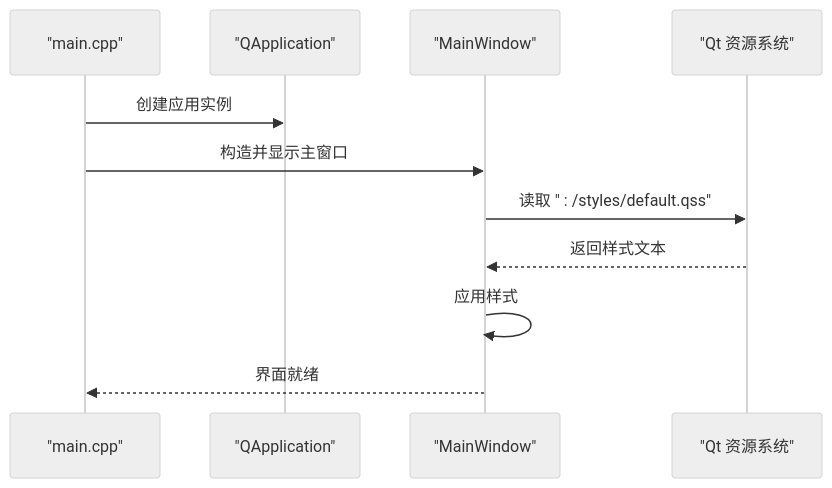
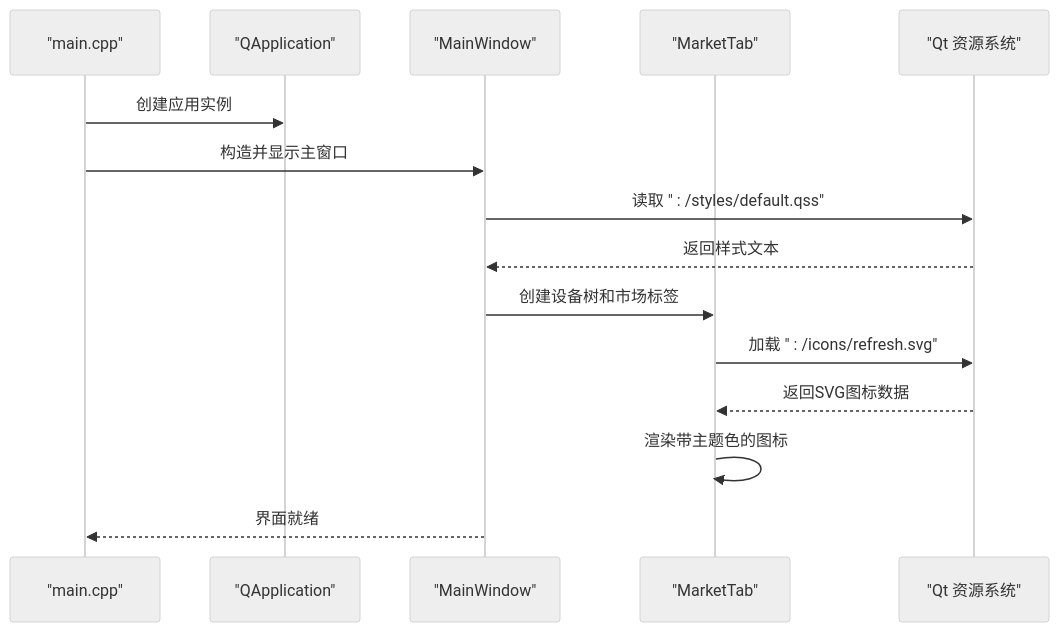
One commit to jakecai1225-design/OpenBus changed the eighth of 10 diagrams in .qoder/repowiki/zh/content/资源管理.md. Above: the diagram before and after it, drawn with Mermaid (neutral theme). The commit also changed other lines of this file and 5 other files, not shown here.

````diff
--- a/.qoder/repowiki/zh/content/资源管理.md
+++ b/.qoder/repowiki/zh/content/资源管理.md
@@ -202,13 +276,17 @@
 ```mermaid
 sequenceDiagram
 participant Main as "main.cpp"
 participant App as "QApplication"
 participant Win as "MainWindow"
+participant Market as "MarketTab"
 participant Res as "Qt 资源系统"
 Main->>App : 创建应用实例
 Main->>Win : 构造并显示主窗口
 Win->>Res : 读取 " : /styles/default.qss"
 Res-->>Win : 返回样式文本
-Win->>Win : 应用样式
+Win->>Market : 创建设备树和市场标签
+Market->>Res : 加载 " : /icons/refresh.svg"
+Res-->>Market : 返回SVG图标数据
+Market->>Market : 渲染带主题色的图标
 Win-->>Main : 界面就绪
 ```
````
